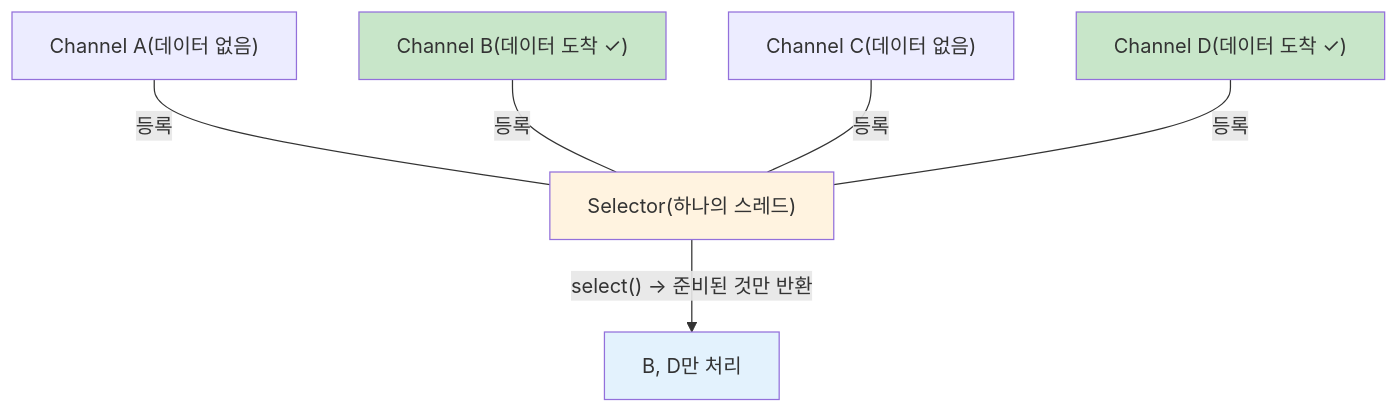
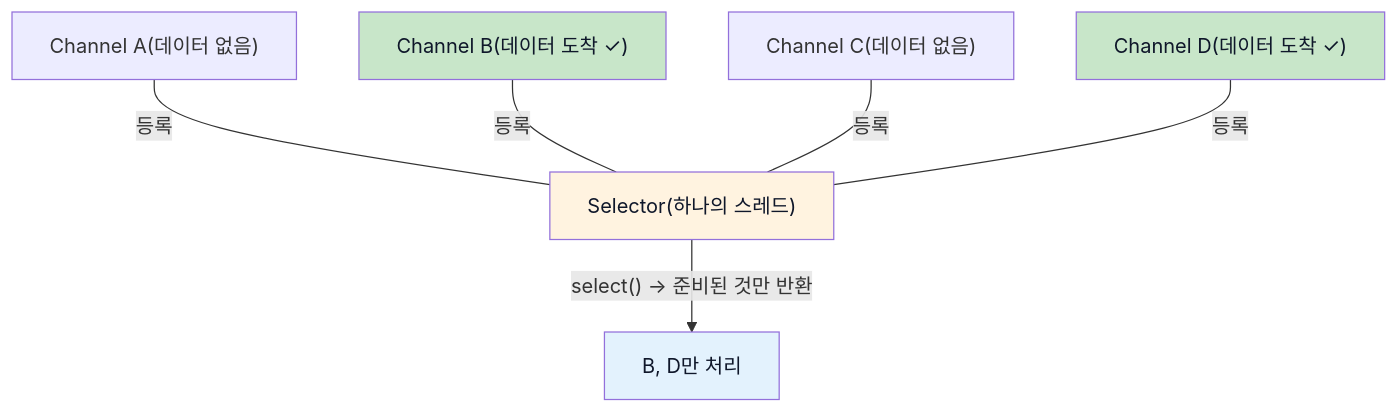
Diagram 13 of 16 in src/content/blog/jvm-concurrency-model-1-fundamentals.md (snowink1137/blog), drawn with Mermaid before and after one commit. The commit also changed other lines of this file and 17 other files, not shown here.

First line of the commit message:
mermaid 다크모드 대비 수정 — 파스텔 배경 노드의 글자색 명시

````diff
--- a/src/content/blog/jvm-concurrency-model-1-fundamentals.md
+++ b/src/content/blog/jvm-concurrency-model-1-fundamentals.md
@@ -503,20 +503,20 @@
 ```mermaid
 graph TB
     SEL["Selector(하나의 스레드)"]
     CH1["Channel A(데이터 없음)"]
     CH2["Channel B(데이터 도착 ✓)"]
     CH3["Channel C(데이터 없음)"]
     CH4["Channel D(데이터 도착 ✓)"]
 
     CH1 ---|"등록"| SEL
     CH2 ---|"등록"| SEL
     CH3 ---|"등록"| SEL
     CH4 ---|"등록"| SEL
 
     SEL -->|"select() → 준비된 것만 반환"| RESULT["B, D만 처리"]
 
-    style SEL fill:#fff3e0
-    style CH2 fill:#c8e6c9
-    style CH4 fill:#c8e6c9
-    style RESULT fill:#e3f2fd
+    style SEL fill:#fff3e0,color:#0f172a
+    style CH2 fill:#c8e6c9,color:#0f172a
+    style CH4 fill:#c8e6c9,color:#0f172a
+    style RESULT fill:#e3f2fd,color:#0f172a
 ```
````
